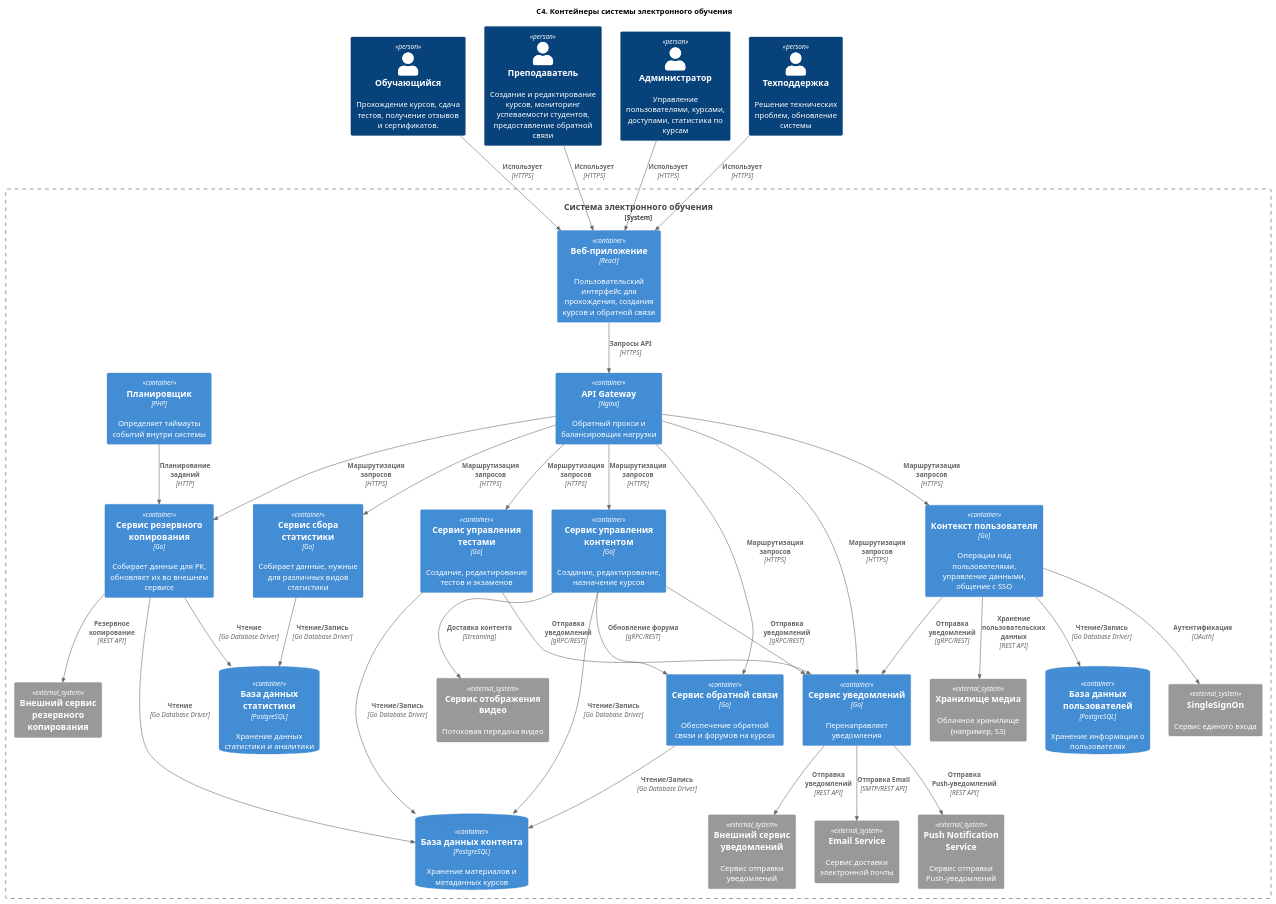
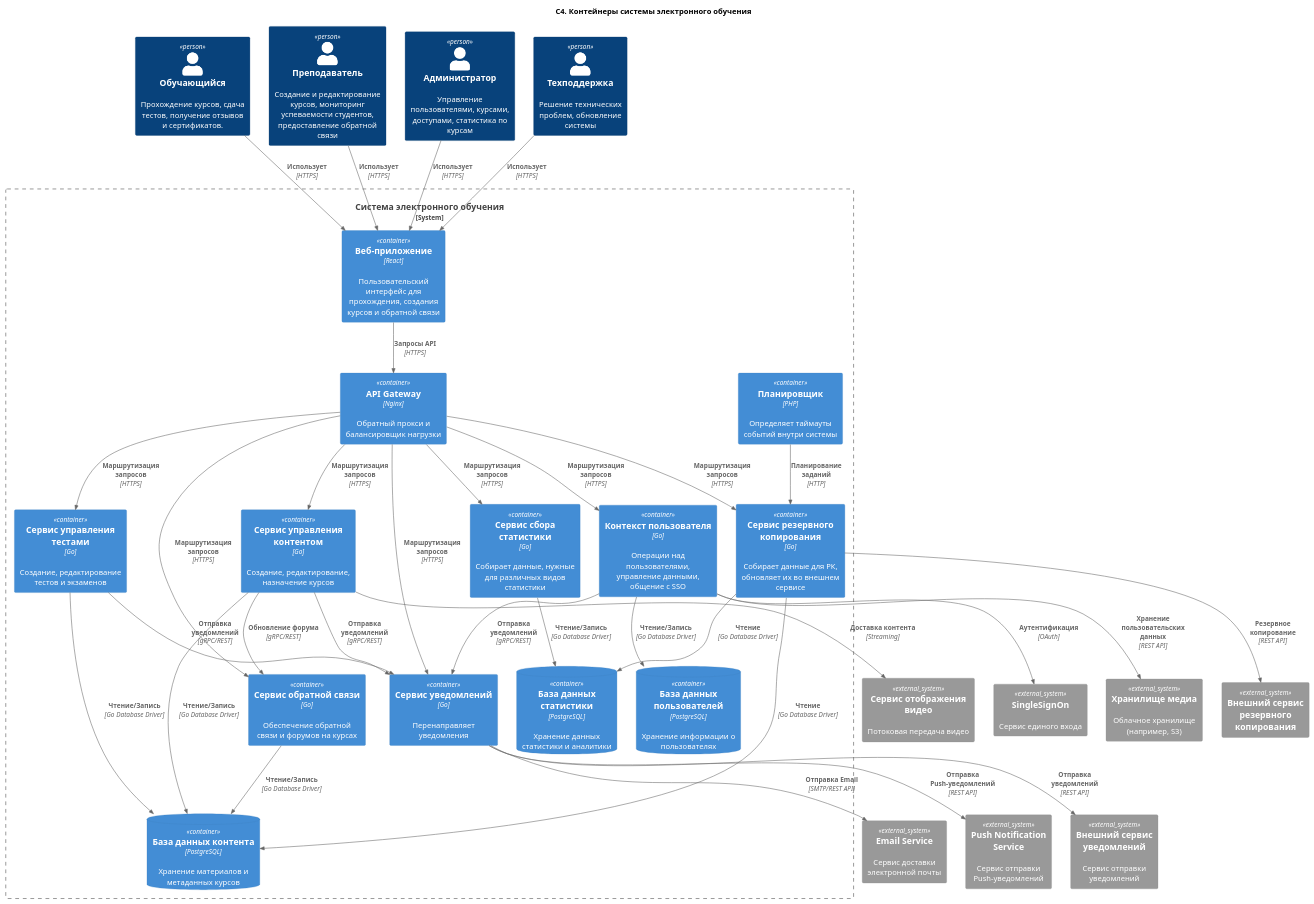
One commit to AkshachRd/software-development changed the diagram in 2. Технический проект/2.container.puml. Above: the diagram before and after it, drawn with PlantUML. The commit also changed 1 other file, not shown here.

```diff
--- a/2. Технический проект/2.container.puml
+++ b/2. Технический проект/2.container.puml
@@ -1,88 +1,91 @@
 @startuml
 title "C4. Контейнеры системы электронного обучения"
 
 !include https://raw.githubusercontent.com/plantuml-stdlib/C4-PlantUML/master/C4.puml
 !include https://raw.githubusercontent.com/plantuml-stdlib/C4-PlantUML/master/C4_Container.puml
 
 ' Персоны
 Person(student, "Обучающийся", "Прохождение курсов, сдача тестов, получение отзывов и сертификатов.")
 Person(teacher, "Преподаватель", "Создание и редактирование курсов, мониторинг успеваемости студентов, предоставление обратной связи")
 Person(admin, "Администратор", "Управление пользователями, курсами, доступами, статистика по курсам")
 Person(support, "Техподдержка", "Решение технических проблем, обновление системы")
 
 ' Система
 System_Boundary(appElearning, "Система электронного обучения") {
    
     Container(webApp, "Веб-приложение", "React", "Пользовательский интерфейс для прохождения, создания курсов и обратной связи")
+    ' обслуживание выноси в отдельную диаграмму
     
     ' Инфраструктура
     Container(nginx, "API Gateway", "Nginx", "Обратный прокси и балансировщик нагрузки")
     
     Container(userService, "Контекст пользователя", "Go", "Операции над пользователями, управление данными, общение с SSO")
     Container(contentManagerService, "Сервис управления контентом", "Go", "Создание, редактирование, назначение курсов")
     Container(testManagerService, "Сервис управления тестами", "Go", "Создание, редактирование тестов и экзаменов")
     Container(communicationService, "Сервис обратной связи", "Go", "Обеспечение обратной связи и форумов на курсах")
     Container(statisticsService, "Сервис сбора статистики", "Go", "Собирает данные, нужные для различных видов статистики")
     Container(backupService, "Сервис резервного копирования", "Go", "Собирает данные для РК, обновляет их во внешнем сервисе")
     Container(notificater, "Сервис уведомлений", "Go", "Перенаправляет уведомления")
     Container(crone, "Планировщик", "PHP", "Определяет таймауты событий внутри системы")
     
     ' Базы данных
     ContainerDb(dbUser, "База данных пользователей", "PostgreSQL", "Хранение информации о пользователях")
     ContainerDb(dbContent, "База данных контента", "PostgreSQL", "Хранение материалов и метаданных курсов")
     ContainerDb(dbStatistics, "База данных статистики", "PostgreSQL", "Хранение данных статистики и аналитики")
     
-    ' Внешние системы
+    
+}
+
+' Внешние системы
     System_Ext(SSO, "SingleSignOn", "Сервис единого входа")
     System_Ext(notificaterInternal, "Внешний сервис уведомлений", "Сервис отправки уведомлений")
     System_Ext(backupServiceInternal, "Внешний сервис резервного копирования", "")
     System_Ext(viewVideoService, "Сервис отображения видео", "Потоковая передача видео")
     System_Ext(emailService, "Email Service", "Сервис доставки электронной почты")
     System_Ext(pushService, "Push Notification Service", "Сервис отправки Push-уведомлений")
     System_Ext(mediaStorage, "Хранилище медиа", "Облачное хранилище (например, S3)")
-}
-
+    
 ' Связи
 Rel(student, webApp, "Использует", "HTTPS")
 Rel(teacher, webApp, "Использует", "HTTPS")
 Rel(admin, webApp, "Использует", "HTTPS")
 Rel(support, webApp, "Использует", "HTTPS")
 
 Rel(webApp, nginx, "Запросы API", "HTTPS")
 
 Rel(nginx, userService, "Маршрутизация запросов", "HTTPS")
 Rel(nginx, contentManagerService, "Маршрутизация запросов", "HTTPS")
 Rel(nginx, testManagerService, "Маршрутизация запросов", "HTTPS")
 Rel(nginx, statisticsService, "Маршрутизация запросов", "HTTPS")
 Rel(nginx, communicationService, "Маршрутизация запросов", "HTTPS")
 Rel(nginx, backupService, "Маршрутизация запросов", "HTTPS")
 Rel(nginx, notificater, "Маршрутизация запросов", "HTTPS")
 
 Rel(userService, dbUser, "Чтение/Запись", "Go Database Driver")
 Rel(userService, SSO, "Аутентификация", "OAuth")
 Rel(userService, notificater, "Отправка уведомлений", "gRPC/REST")
 Rel(userService, mediaStorage, "Хранение пользовательских данных", "REST API")
 
 Rel(contentManagerService, dbContent, "Чтение/Запись", "Go Database Driver")
 Rel(contentManagerService, viewVideoService, "Доставка контента", "Streaming")
 Rel(contentManagerService, notificater, "Отправка уведомлений", "gRPC/REST")
 Rel(contentManagerService, communicationService, "Обновление форума", "gRPC/REST")
 
 Rel(testManagerService, dbContent, "Чтение/Запись", "Go Database Driver")
 Rel(testManagerService, notificater, "Отправка уведомлений", "gRPC/REST")
 
 Rel(statisticsService, dbStatistics, "Чтение/Запись", "Go Database Driver")
 
 Rel(communicationService, dbContent, "Чтение/Запись", "Go Database Driver")
 
 Rel(notificater, notificaterInternal, "Отправка уведомлений", "REST API")
 Rel(notificater, emailService, "Отправка Email", "SMTP/REST API")
 Rel(notificater, pushService, "Отправка Push-уведомлений", "REST API")
 
 Rel(backupService, dbStatistics, "Чтение", "Go Database Driver")
 Rel(backupService, dbContent, "Чтение", "Go Database Driver")
 Rel(backupService, backupServiceInternal, "Резервное копирование", "REST API")
 
 Rel(crone, backupService, "Планирование заданий", "HTTP")
 
 @enduml
```
